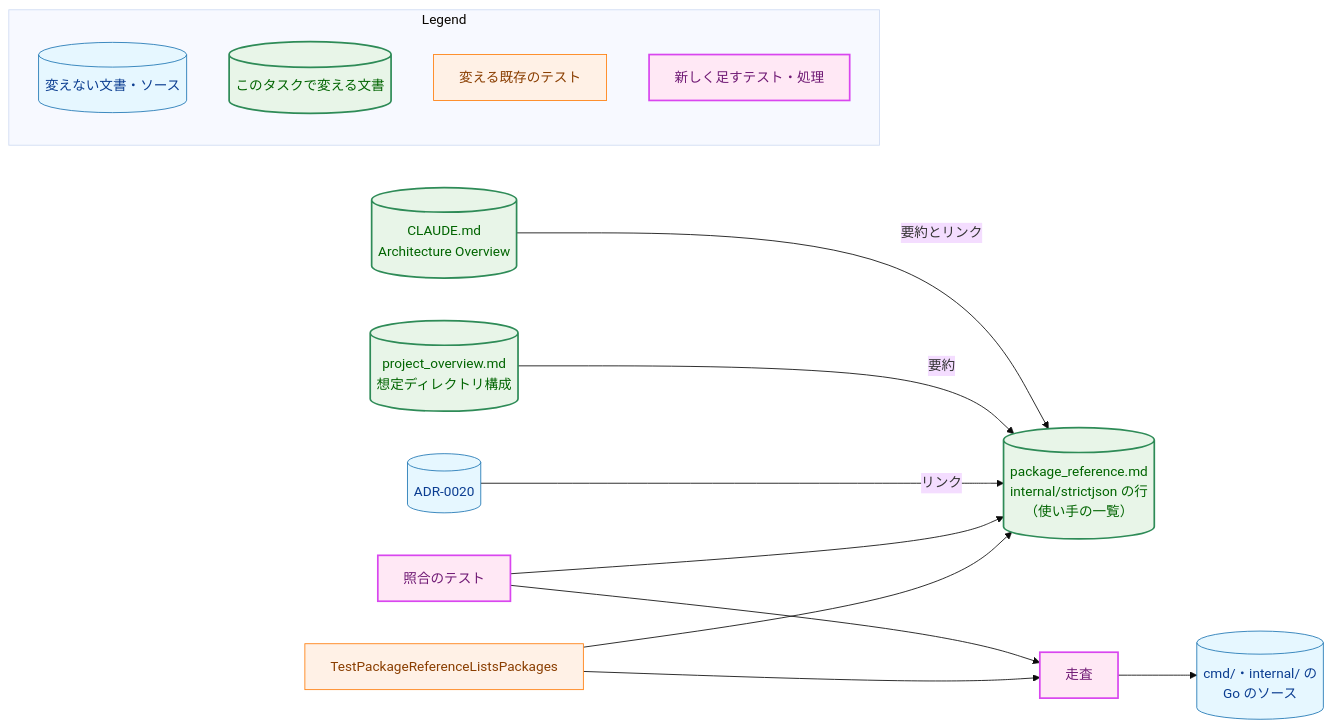
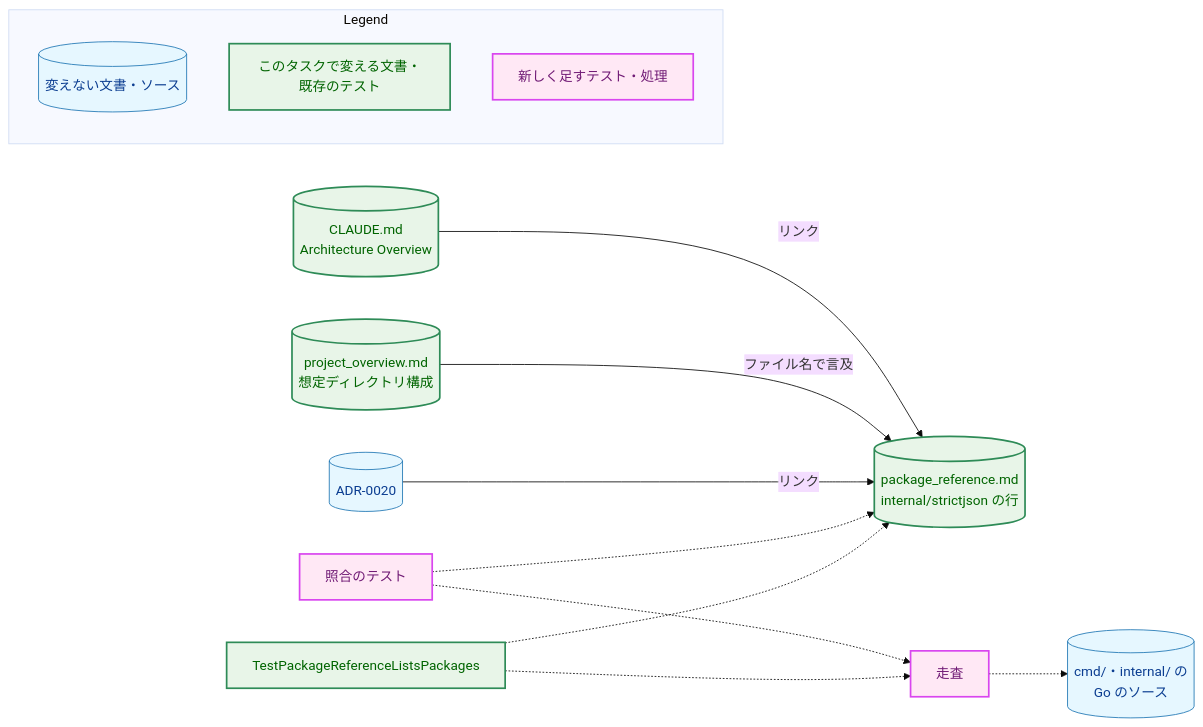
Before and after one commit to isseis/yt2column: the first of 4 diagrams in docs/tasks/0068_strictjson_package_reference/02_architecture.md, drawn with Mermaid (base theme). The commit also changed other lines of this file, not shown here.

First line of the commit message:
docs(0068): address the architecture review and the Japanese prose pass

````diff
--- a/docs/tasks/0068_strictjson_package_reference/02_architecture.md
+++ b/docs/tasks/0068_strictjson_package_reference/02_architecture.md
@@ -55,41 +59,37 @@
 ```mermaid
 flowchart LR
     classDef data fill:#e6f7ff,stroke:#1f77b4,stroke-width:1px,color:#0b3d91;
-    classDef process fill:#fff1e6,stroke:#ff7f0e,stroke-width:1px,color:#8a3e00;
     classDef enhanced fill:#e8f5e8,stroke:#2e8b57,stroke-width:2px,color:#006400;
     classDef newpkg fill:#ffe8f5,stroke:#d946ef,stroke-width:2px,color:#701a75;
 
-    PR[("package_reference.md<br>internal/strictjson の行<br>（使い手の一覧）")]
+    PR[("package_reference.md<br>internal/strictjson の行")]
     CL[("CLAUDE.md<br>Architecture Overview")]
     PO[("project_overview.md<br>想定ディレクトリ構成")]
     ADR[("ADR-0020")]
     SRC[("cmd/・internal/ の<br>Go のソース")]
     T["照合のテスト"]
     TP["TestPackageReferenceListsPackages"]
     W["走査"]
 
-    CL -->|"要約とリンク"| PR
-    PO -->|"要約"| PR
+    CL -->|"リンク"| PR
+    PO -->|"ファイル名で言及"| PR
     ADR -->|"リンク"| PR
-    T --> PR
-    T --> W
-    TP --> W
-    TP --> PR
-    W --> SRC
+    T -.-> PR
+    T -.-> W
+    TP -.-> W
+    TP -.-> PR
+    W -.-> SRC
 
-    class PR,CL,PO enhanced
     class ADR,SRC data
-    class TP process
+    class PR,CL,PO,TP enhanced
     class T,W newpkg
 
     subgraph Legend["Legend"]
         L1[("変えない文書・ソース")]
-        L2[("このタスクで変える文書")]
-        L3["変える既存のテスト"]
-        L4["新しく足すテスト・処理"]
+        L2["このタスクで変える文書・既存のテスト"]
+        L3["新しく足すテスト・処理"]
     end
     class L1 data
     class L2 enhanced
-    class L3 process
-    class L4 newpkg
+    class L3 newpkg
 ```
````
